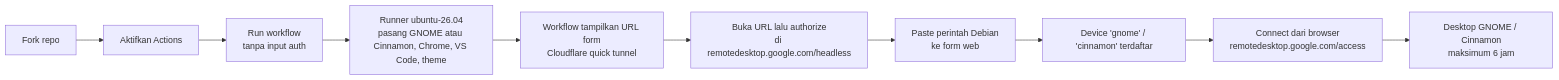
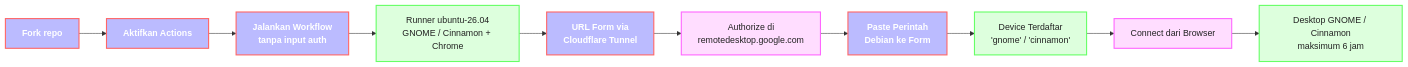
The diagram in README.md (ArchDityaa/gnome-crd), drawn with Mermaid before and after one commit. The commit also changed other lines of this file and 1 other file, not shown here.

````diff
--- a/README.md
+++ b/README.md
@@ -28,12 +47,17 @@
 ```mermaid
 flowchart LR
-  A[Fork repo] --> B[Aktifkan Actions]
-  B --> C[Run workflow<br/>tanpa input auth]
-  C --> D[Runner ubuntu-26.04<br/>pasang GNOME atau Cinnamon, Chrome, VS Code, theme]
-  D --> E[Workflow tampilkan URL form<br/>Cloudflare quick tunnel]
-  E --> F[Buka URL lalu authorize<br/>di remotedesktop.google.com/headless]
-  F --> G[Paste perintah Debian<br/>ke form web]
-  G --> H[Device 'gnome' / 'cinnamon' terdaftar]
-  H --> I[Connect dari browser<br/>remotedesktop.google.com/access]
-  I --> J[Desktop GNOME / Cinnamon<br/>maksimum 6 jam]
+    classDef action fill:#bbf,stroke:#f66,stroke-width:2px,color:#fff,font-weight:bold;
+    classDef desktop fill:#dfd,stroke:#6f6,stroke-width:2px,color:#222;
+    classDef access fill:#fdf,stroke:#f6f,stroke-width:2px,color:#222;
+
+    A[Fork repo]:::action
+    A --> B[Aktifkan Actions]:::action
+    B --> C[Jalankan Workflow<br/>tanpa input auth]:::action
+    C --> D[Runner ubuntu-26.04<br/>GNOME / Cinnamon + Chrome]:::desktop
+    D --> E[URL Form via<br/>Cloudflare Tunnel]:::action
+    E --> F[Authorize di<br/>remotedesktop.google.com]:::access
+    F --> G[Paste Perintah<br/>Debian ke Form]:::action
+    G --> H[Device Terdaftar<br/>'gnome' / 'cinnamon']:::desktop
+    H --> I[Connect dari Browser]:::access
+    I --> J[Desktop GNOME / Cinnamon<br/>maksimum 6 jam]:::desktop
 ```
````
